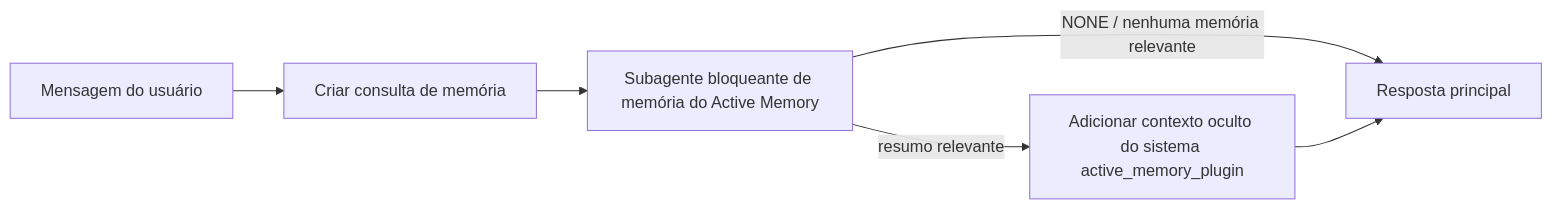
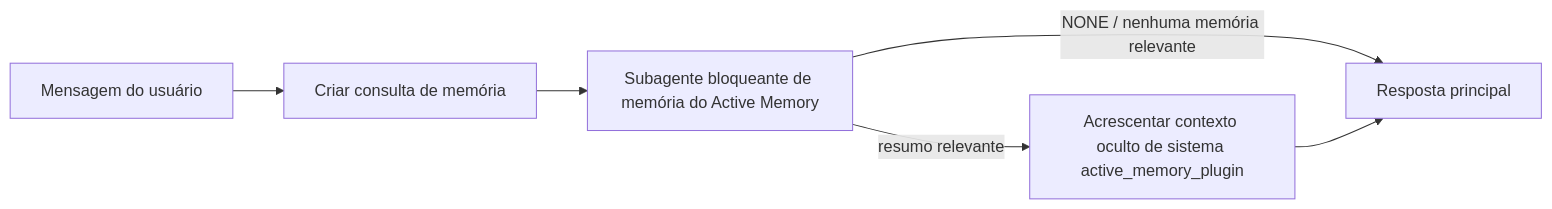
One commit to openclaw/docs changed the diagram in docs/pt-BR/concepts/active-memory.md. Above: the diagram before and after it, drawn with Mermaid. The commit also changed other lines of this file and 6121 other files, not shown here.

````diff
--- a/docs/pt-BR/concepts/active-memory.md
+++ b/docs/pt-BR/concepts/active-memory.md
@@ -83,8 +85,8 @@
 ```mermaid
 flowchart LR
   U["Mensagem do usuário"] --> Q["Criar consulta de memória"]
   Q --> R["Subagente bloqueante de memória do Active Memory"]
   R -->|NONE / nenhuma memória relevante| M["Resposta principal"]
-  R -->|resumo relevante| I["Adicionar contexto oculto do sistema active_memory_plugin"]
+  R -->|resumo relevante| I["Acrescentar contexto oculto de sistema active_memory_plugin"]
   I --> M["Resposta principal"]
 ```
````
